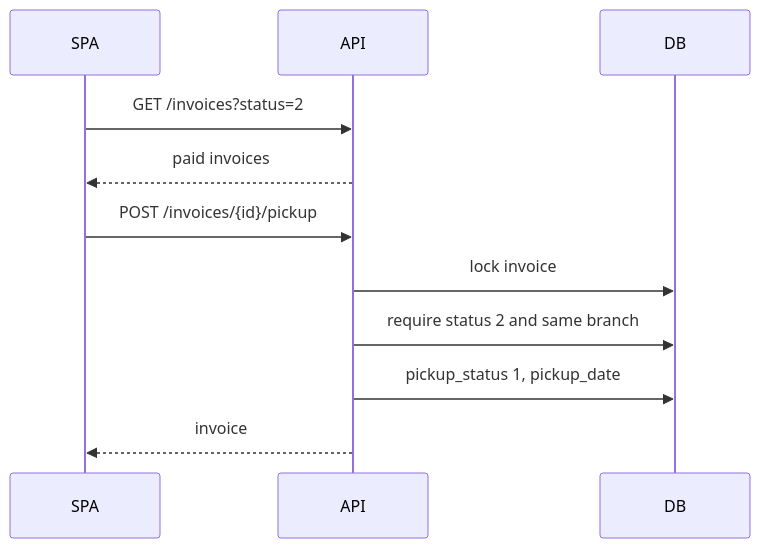
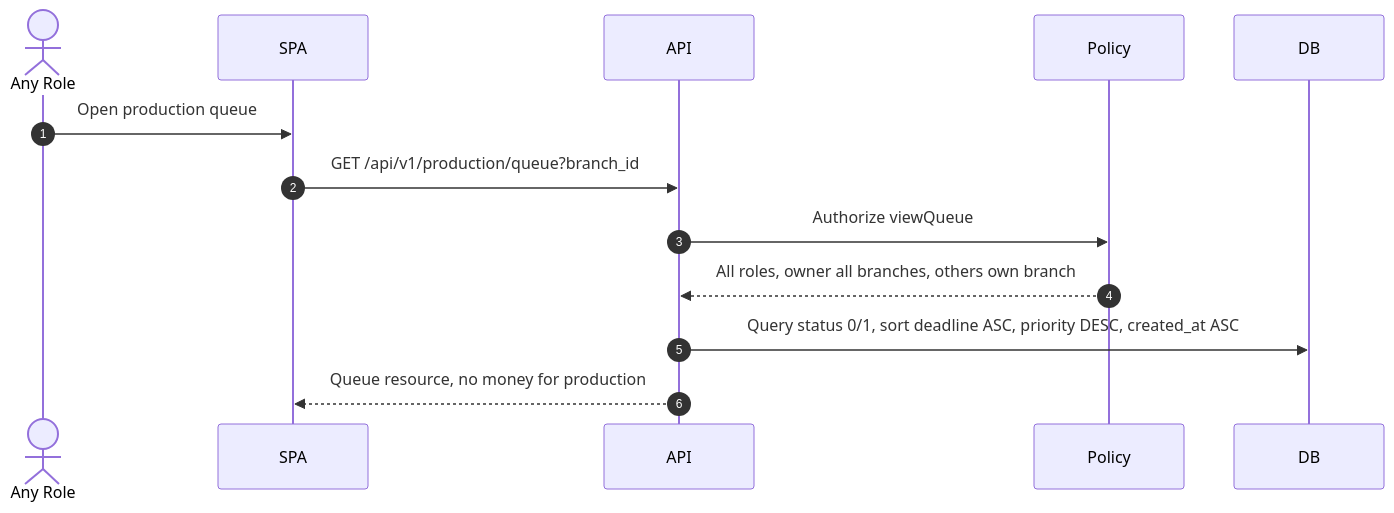
Before and after one commit to Arukast/pos_alja: diagram 15 of 21 in docs/architecture/sequence-diagrams.md, drawn with Mermaid. The commit also changed other lines of this file, not shown here.

Commit message:
docs: expand sequence diagrams for target flows (#43)

````diff
--- a/docs/architecture/sequence-diagrams.md
+++ b/docs/architecture/sequence-diagrams.md
@@ -106,14 +382,16 @@
 ```mermaid
 sequenceDiagram
+    autonumber
+    actor A as Any Role
     participant SPA
     participant API
+    participant Policy
     participant DB
 
-    SPA->>API: GET /invoices?status=2
-    API-->>SPA: paid invoices
-    SPA->>API: POST /invoices/{id}/pickup
-    API->>DB: lock invoice
-    API->>DB: require status 2 and same branch
-    API->>DB: pickup_status 1, pickup_date
-    API-->>SPA: invoice
+    A->>SPA: Open production queue
+    SPA->>API: GET /api/v1/production/queue?branch_id
+    API->>Policy: Authorize viewQueue
+    Policy-->>API: All roles, owner all branches, others own branch
+    API->>DB: Query status 0/1, sort deadline ASC, priority DESC, created_at ASC
+    API-->>SPA: Queue resource, no money for production
 ```
````
